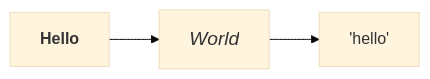
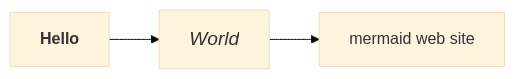
One commit to fralau/mkdocs-mermaid2-plugin changed the second of 2 diagrams in test/docs/index.md. Above: the diagram before and after it, drawn with Mermaid (base theme). The commit also changed 10 other files, not shown here.

````diff
--- a/test/docs/index.md
+++ b/test/docs/index.md
@@ -23,5 +23,6 @@
 ```mermaid
 graph LR
     hello["<b>Hello</b>"] --> world["<big><i>World</i></big>"]
-    world --> pandoc['hello']
+    world --> mermaid[mermaid web site]
+    click mermaid "https://mermaid-js.github.io/mermaid" "Website"
 ```
````
